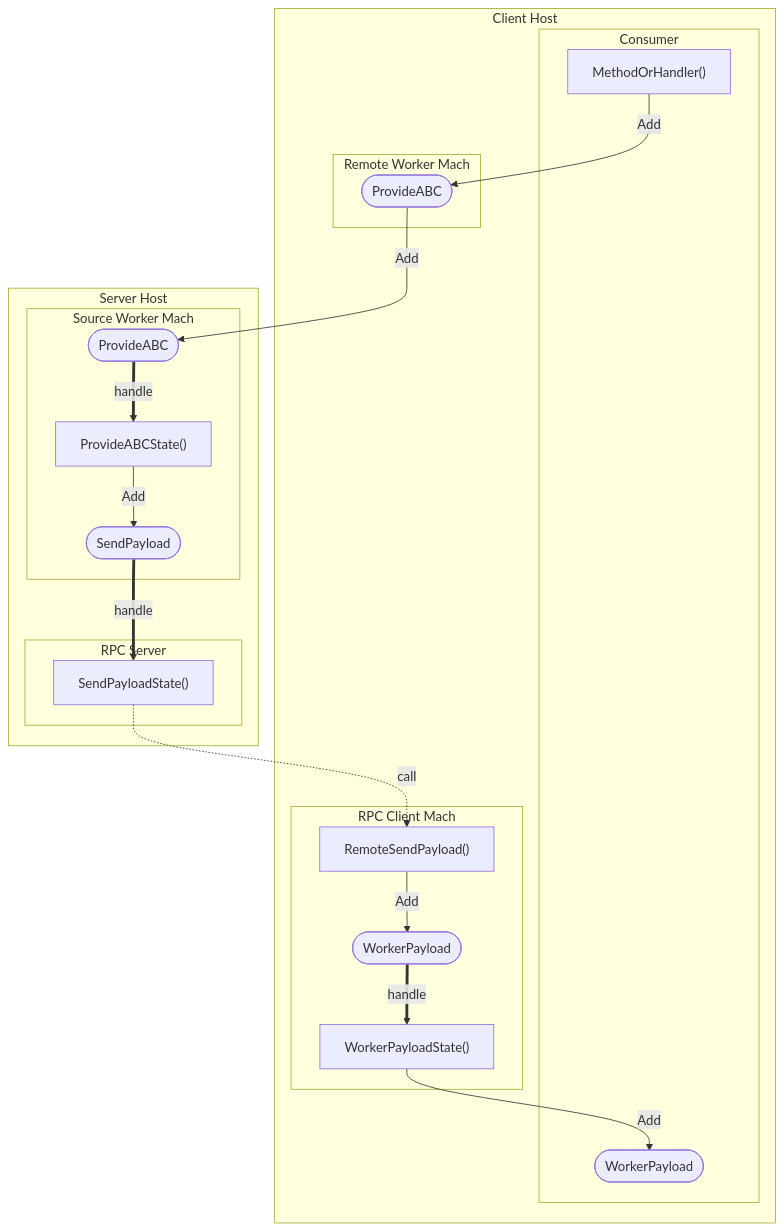
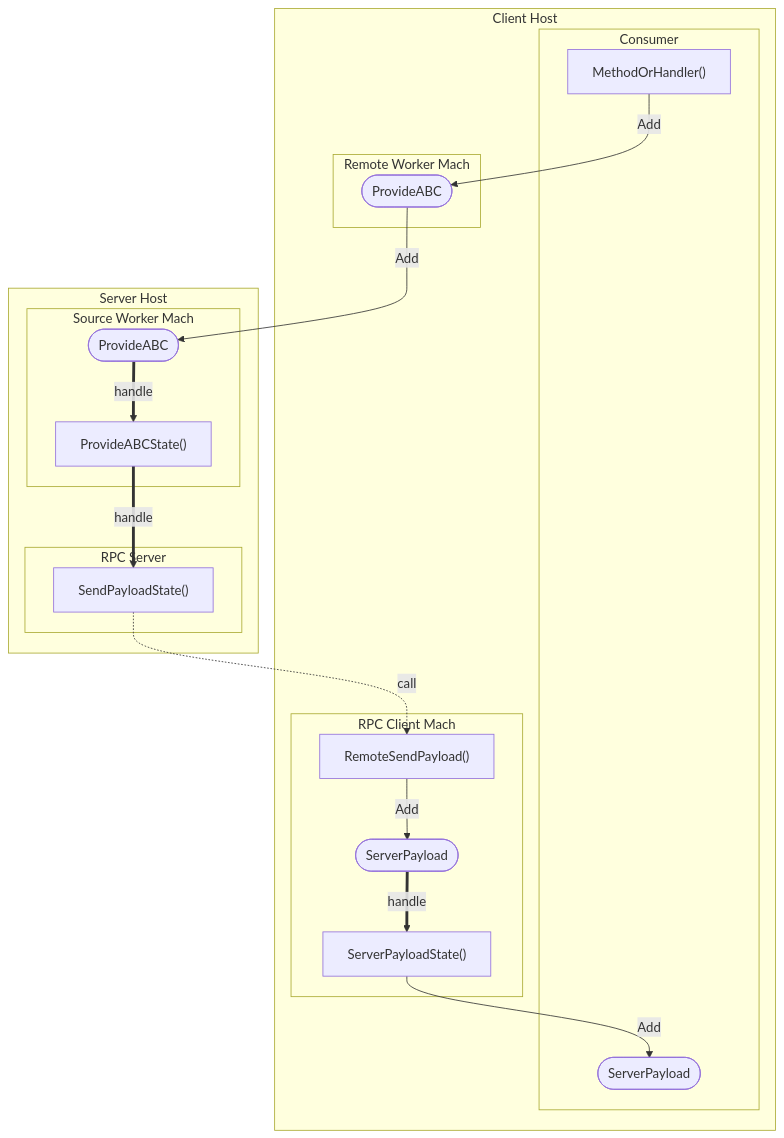
One commit to pancsta/asyncmachine-go changed the diagram in docs/diagrams/flows-rpc-getter.mermaid. Above: the diagram before and after it, drawn with Mermaid. The commit also changed 18 other files, not shown here.

Commit message:
docs: update readmes, diagrams, changelog

```diff
--- a/docs/diagrams/flows-rpc-getter.mermaid
+++ b/docs/diagrams/flows-rpc-getter.mermaid
@@ -1,43 +1,41 @@
 flowchart TB
 
     subgraph ClientHost [Client Host]
         subgraph Consumer
             con-MethodOrHandler["MethodOrHandler()"]
-            con-WorkerPayload(["WorkerPayload"])
+            con-WorkerPayload(["ServerPayload"])
         end
 
         subgraph RemoteWorkerMach [Remote Worker Mach]
         %% Provide Worker is requested to provide some (named) data.
             rw-Provide([ProvideABC])
         end
 
         subgraph RPCClientMach [RPC Client Mach]
-            c-WorkerPayload([WorkerPayload])
+            c-WorkerPayload([ServerPayload])
             c-RemoteSendPayload["RemoteSendPayload()"]
-            c-WorkerPayloadState["WorkerPayloadState()"]
+            c-WorkerPayloadState["ServerPayloadState()"]
         end
     end
 
     subgraph ServerHost [Server Host]
         subgraph RPCServer [RPC Server]
             srv-SendPayloadState["SendPayloadState()"]
         end
 
         subgraph SourceWorkerMach [Source Worker Mach]
         %% Provide Worker is requested to provide some (named) data.
             sw-Provide([ProvideABC])
             sw-ProvideState["ProvideABCState()"]
-            sw-SendPayload(["SendPayload"])
         end
     end
 
     %% steps
     con-MethodOrHandler -- Add --> rw-Provide
     rw-Provide -- Add --> sw-Provide
     sw-Provide == handle ==> sw-ProvideState
-    sw-ProvideState -- Add --> sw-SendPayload
-    sw-SendPayload == handle ==> srv-SendPayloadState
+    sw-ProvideState == handle ==> srv-SendPayloadState
     srv-SendPayloadState -. call .-> c-RemoteSendPayload
     c-RemoteSendPayload -- Add --> c-WorkerPayload
     c-WorkerPayload == handle ==> c-WorkerPayloadState
     c-WorkerPayloadState -- Add --> con-WorkerPayload
```
